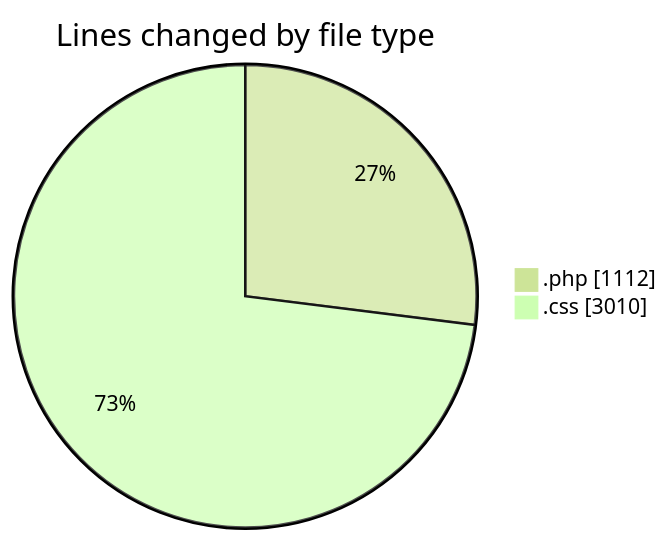
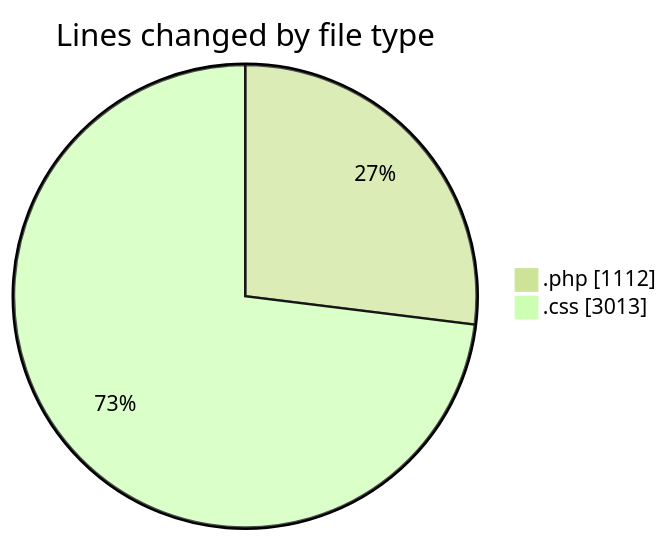
Before and after one commit to debugP/code-tracking: the first of 2 diagrams in 2026-11-10/wp-content__workspace_/README.md, drawn with Mermaid (forest theme). The commit also changed other lines of this file and 1 other file, not shown here.

````diff
--- a/2026-11-10/wp-content__workspace_/README.md
+++ b/2026-11-10/wp-content__workspace_/README.md
@@ -21,6 +21,6 @@
 ```mermaid
 pie showData
 title Lines changed by file type
 ".php" : 1112
-".css" : 3010
+".css" : 3013
 ```
````
